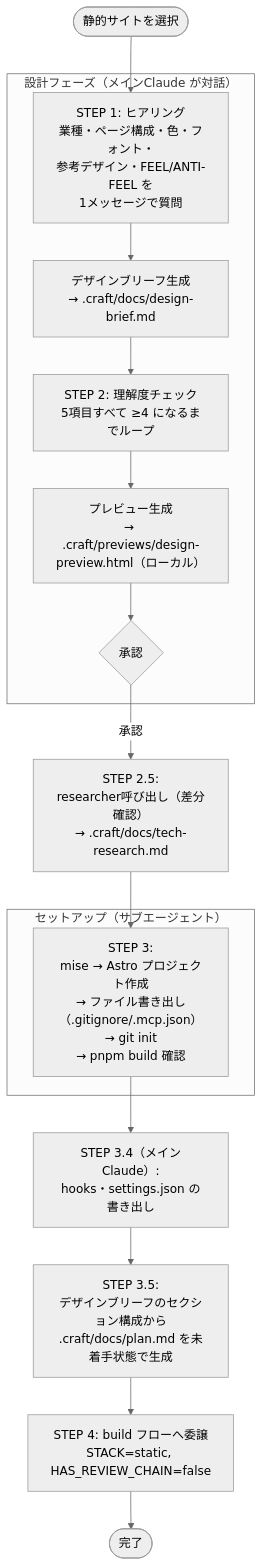
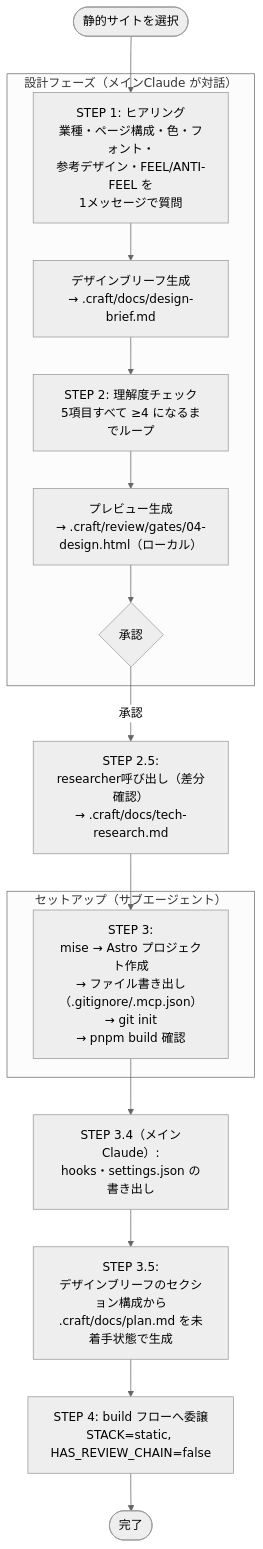
One commit to agaemo/dotfiles changed the diagram in claude/skills/craft/flows/new-static/README.md. Above: the diagram before and after it, drawn with Mermaid (neutral theme). The commit also changed 9 other files, not shown here.

First line of the commit message:
craft: 確認用ページを .craft/review/ に集約し、index.html の入口と操作できる画面モックを追加

````diff
--- a/claude/skills/craft/flows/new-static/README.md
+++ b/claude/skills/craft/flows/new-static/README.md
@@ -6,24 +6,24 @@
 ```mermaid
 flowchart TD
     START([静的サイトを選択]) --> S1
 
     subgraph DESIGN["設計フェーズ（メインClaude が対話）"]
         S1["STEP 1: ヒアリング\n業種・ページ構成・色・フォント・\n参考デザイン・FEEL/ANTI-FEEL を\n1メッセージで質問"]
         S1 --> S1B["デザインブリーフ生成\n→ .craft/docs/design-brief.md"]
         S1B --> S2["STEP 2: 理解度チェック\n5項目すべて ≥4 になるまでループ"]
-        S2 --> S2P["プレビュー生成\n→ .craft/previews/design-preview.html（ローカル）"]
+        S2 --> S2P["プレビュー生成\n→ .craft/review/gates/04-design.html（ローカル）"]
         S2P --> GATE{承認}
     end
 
     GATE -->|承認| S25["STEP 2.5:\nresearcher呼び出し（差分確認）\n→ .craft/docs/tech-research.md"]
     S25 --> S3
 
     subgraph SETUP["セットアップ（サブエージェント）"]
         S3["STEP 3:\nmise → Astro プロジェクト作成\n→ ファイル書き出し（.gitignore/.mcp.json）\n→ git init\n→ pnpm build 確認"]
     end
 
     S3 --> S34["STEP 3.4（メインClaude）:\nhooks・settings.json の書き出し"]
     S34 --> S35["STEP 3.5:\nデザインブリーフのセクション構成から\n.craft/docs/plan.md を未着手状態で生成"]
     S35 --> S4["STEP 4: build フローへ委譲\nSTACK=static, HAS_REVIEW_CHAIN=false"]
     S4 --> END([完了])
 ```
````
